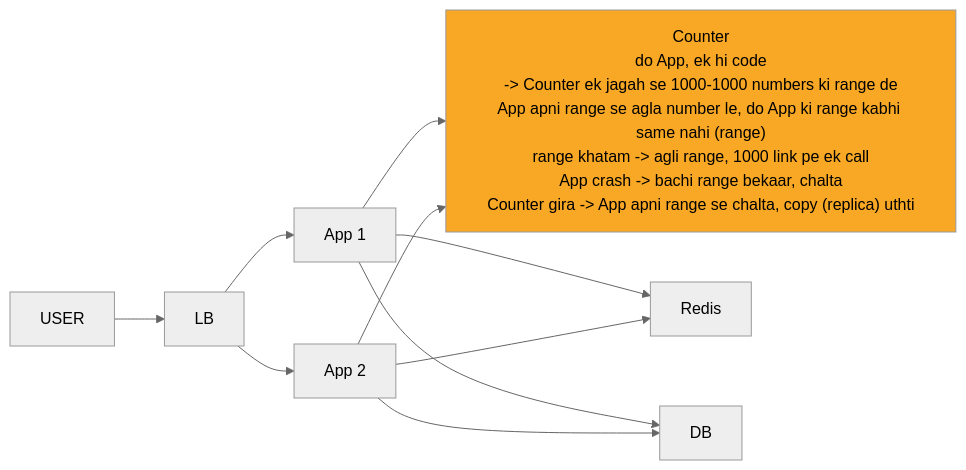
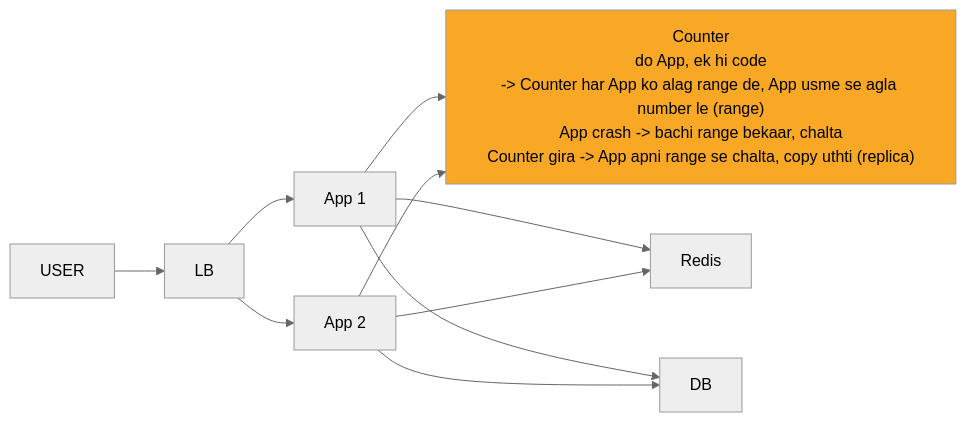
Before and after one commit to ArpanMaheshwari144/Prep: the diagram in 04_HLD/SYSTEM_DESIGNS/01_url_shortener/img/c3.mmd, drawn with Mermaid (neutral theme). The commit also changed 64 other files, not shown here.

```diff
--- a/04_HLD/SYSTEM_DESIGNS/01_url_shortener/img/c3.mmd
+++ b/04_HLD/SYSTEM_DESIGNS/01_url_shortener/img/c3.mmd
@@ -1,19 +1,19 @@
 %%{init: {"flowchart": {"wrappingWidth": 450}}}%%
 flowchart LR
     n_USER["USER"]
     n_LB["LB"]
     n_App_x_N_1["App 1"]
     n_App_x_N_2["App 2"]
-    n_Counter["Counter<br/>do App, ek hi code<br/>-> Counter ek jagah se 1000-1000 numbers ki range de<br/>App apni range se agla number le, do App ki range kabhi same nahi (range)<br/>range khatam -> agli range, 1000 link pe ek call<br/>App crash -> bachi range bekaar, chalta<br/>Counter gira -> App apni range se chalta, copy (replica) uthti"]
+    n_Counter["Counter<br/>do App, ek hi code<br/>-> Counter har App ko alag range de, App usme se agla number le (range)<br/>App crash -> bachi range bekaar, chalta<br/>Counter gira -> App apni range se chalta, copy uthti (replica)"]
     n_Redis["Redis"]
     n_DB["DB"]
     n_USER --> n_LB
     n_LB --> n_App_x_N_1
     n_LB --> n_App_x_N_2
     n_App_x_N_1 --> n_Counter
     n_App_x_N_2 --> n_Counter
     n_App_x_N_1 --> n_Redis
     n_App_x_N_2 --> n_Redis
     n_App_x_N_1 --> n_DB
     n_App_x_N_2 --> n_DB
     style n_Counter fill:#f9a825,color:#000
```
